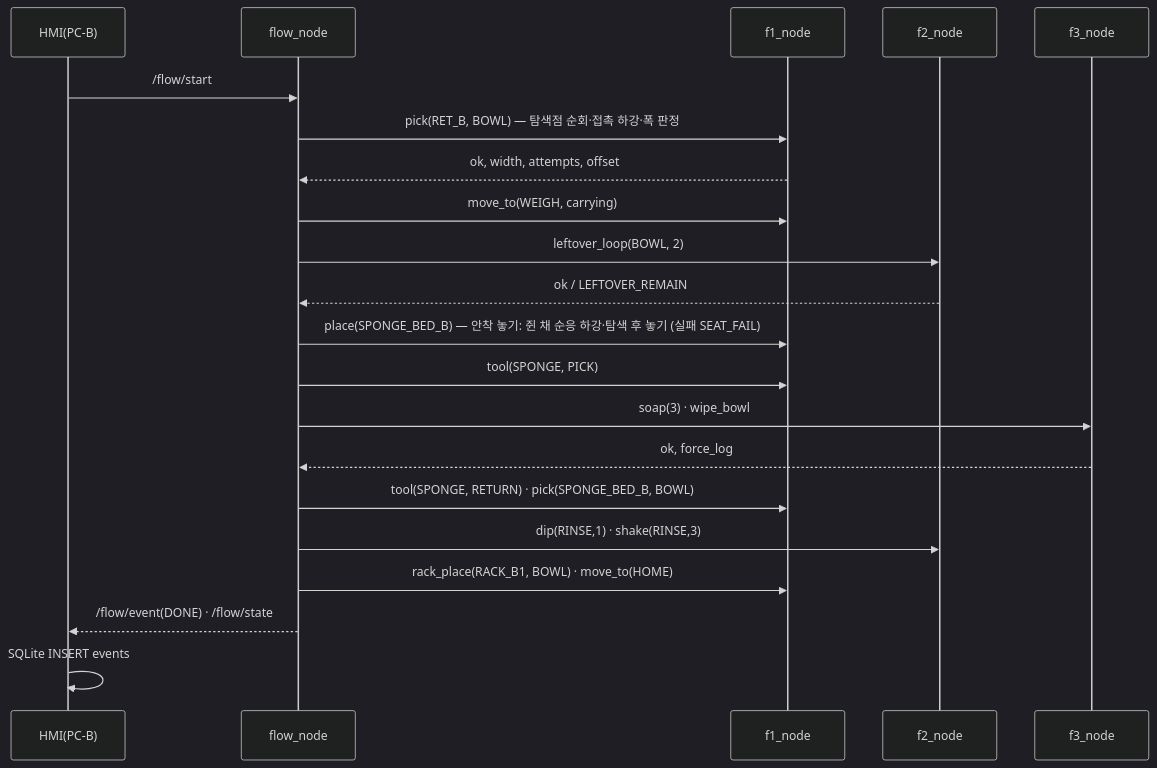
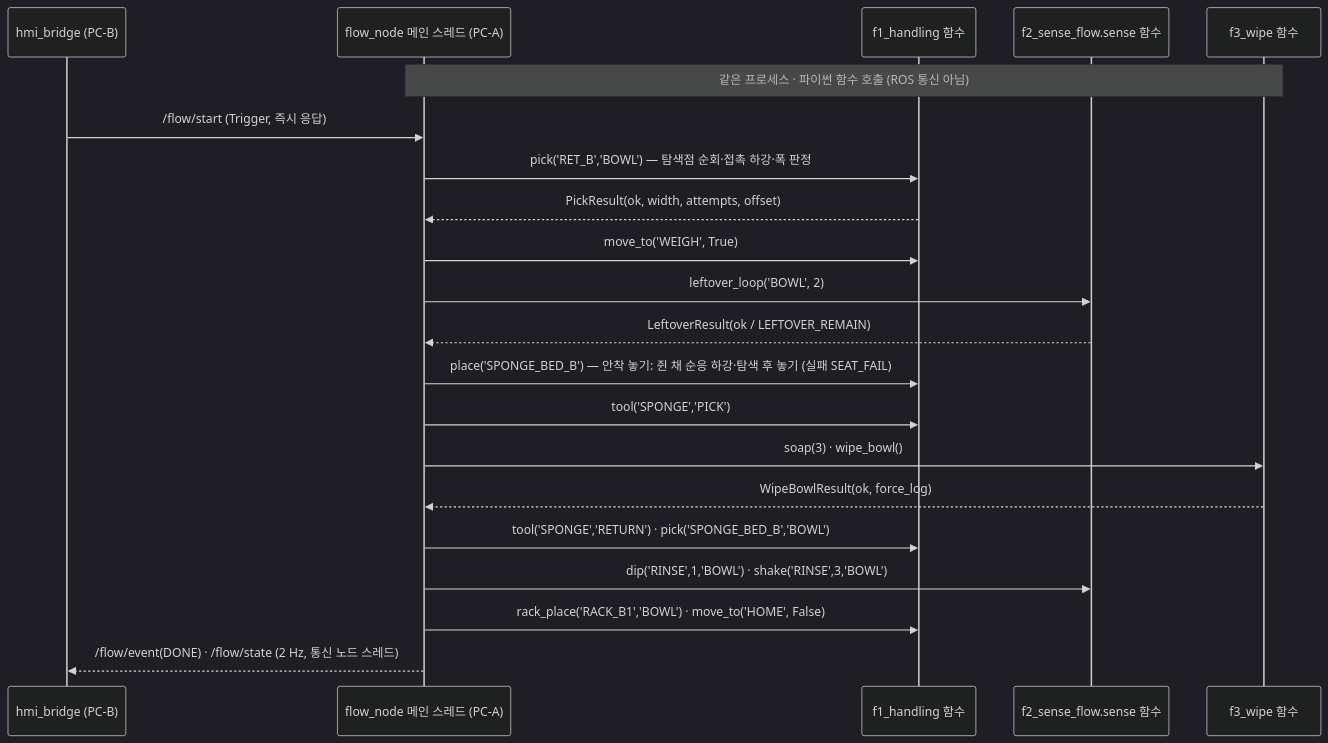
Before and after one commit to hwang-injae/rokey_9_pjt1_D2: the first of 2 diagrams in docs/03_설계_SDD.md, drawn with Mermaid (dark theme). The commit also changed other lines of this file and 72 other files, not shown here.

First line of the commit message:
refactor!: DSN-02b 실행 구조를 스크립트형으로 변경 — 노드 2개(flow_node·hmi_bridge), f1·f2·f3는 파이썬 함수

````diff
--- a/docs/03_설계_SDD.md
+++ b/docs/03_설계_SDD.md
@@ -182,23 +206,23 @@
 ```mermaid
 sequenceDiagram
-  participant H as HMI(PC-B)
-  participant W as flow_node
-  participant A as f1_node
-  participant B as f2_node
-  participant C as f3_node
-  H->>W: /flow/start
-  W->>A: pick(RET_B, BOWL)  — 탐색점 순회·접촉 하강·폭 판정
-  A-->>W: ok, width, attempts, offset
-  W->>A: move_to(WEIGH, carrying)
-  W->>B: leftover_loop(BOWL, 2)
-  B-->>W: ok / LEFTOVER_REMAIN
-  W->>A: place(SPONGE_BED_B)  — 안착 놓기: 쥔 채 순응 하강·탐색 후 놓기 (실패 SEAT_FAIL)
-  W->>A: tool(SPONGE, PICK)
-  W->>C: soap(3) · wipe_bowl
-  C-->>W: ok, force_log
-  W->>A: tool(SPONGE, RETURN) · pick(SPONGE_BED_B, BOWL)
-  W->>B: dip(RINSE,1) · shake(RINSE,3)
-  W->>A: rack_place(RACK_B1, BOWL) · move_to(HOME)
-  W-->>H: /flow/event(DONE) · /flow/state
-  H->>H: SQLite INSERT events
+  participant H as hmi_bridge (PC-B)
+  participant W as flow_node 메인 스레드 (PC-A)
+  participant A as f1_handling 함수
+  participant B as f2_sense_flow.sense 함수
+  participant C as f3_wipe 함수
+  Note over W,C: 같은 프로세스 · 파이썬 함수 호출 (ROS 통신 아님)
+  H->>W: /flow/start (Trigger, 즉시 응답)
+  W->>A: pick('RET_B','BOWL')  — 탐색점 순회·접촉 하강·폭 판정
+  A-->>W: PickResult(ok, width, attempts, offset)
+  W->>A: move_to('WEIGH', True)
+  W->>B: leftover_loop('BOWL', 2)
+  B-->>W: LeftoverResult(ok / LEFTOVER_REMAIN)
+  W->>A: place('SPONGE_BED_B')  — 안착 놓기: 쥔 채 순응 하강·탐색 후 놓기 (실패 SEAT_FAIL)
+  W->>A: tool('SPONGE','PICK')
+  W->>C: soap(3) · wipe_bowl()
+  C-->>W: WipeBowlResult(ok, force_log)
+  W->>A: tool('SPONGE','RETURN') · pick('SPONGE_BED_B','BOWL')
+  W->>B: dip('RINSE',1,'BOWL') · shake('RINSE',3,'BOWL')
+  W->>A: rack_place('RACK_B1','BOWL') · move_to('HOME', False)
+  W-->>H: /flow/event(DONE) · /flow/state (2 Hz, 통신 노드 스레드)
 ```
````
